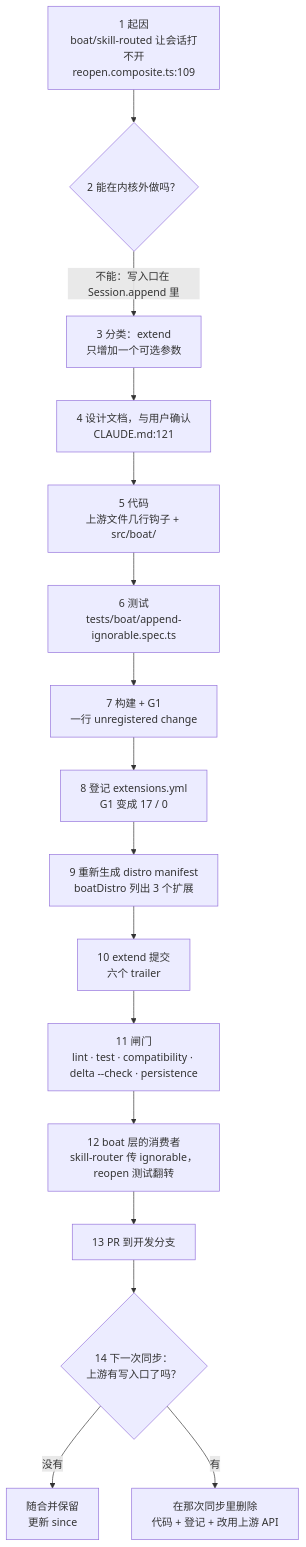
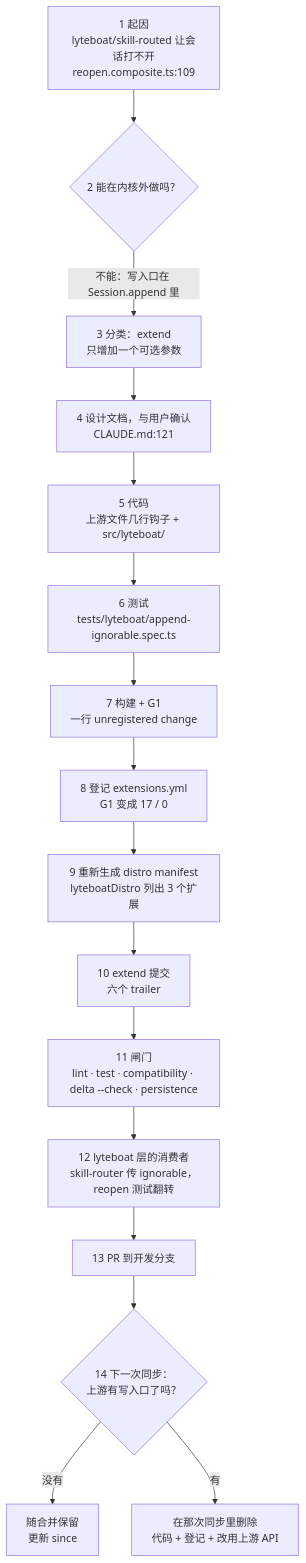
Before and after one commit to lyteboat/boat: diagram 13 of 13 in docs/02-distribution.md, drawn with Mermaid. The commit also changed other lines of this file and 316 other files, not shown here.

````diff
--- a/docs/02-distribution.md
+++ b/docs/02-distribution.md
@@ -1653,18 +1653,18 @@
 ```mermaid
 flowchart TB
-  A["1 起因<br/>boat/skill-routed 让会话打不开<br/>reopen.composite.ts:109"] --> B{"2 能在内核外做吗？"}
+  A["1 起因<br/>lyteboat/skill-routed 让会话打不开<br/>reopen.composite.ts:109"] --> B{"2 能在内核外做吗？"}
   B -->|"不能：写入口在 Session.append 里"| C["3 分类：extend<br/>只增加一个可选参数"]
   C --> D["4 设计文档，与用户确认<br/>CLAUDE.md:121"]
-  D --> E["5 代码<br/>上游文件几行钩子 + src/boat/"]
-  E --> F["6 测试<br/>tests/boat/append-ignorable.spec.ts"]
+  D --> E["5 代码<br/>上游文件几行钩子 + src/lyteboat/"]
+  E --> F["6 测试<br/>tests/lyteboat/append-ignorable.spec.ts"]
   F --> G["7 构建 + G1<br/>一行 unregistered change"]
   G --> H["8 登记 extensions.yml<br/>G1 变成 17 / 0"]
-  H --> I["9 重新生成 distro manifest<br/>boatDistro 列出 3 个扩展"]
+  H --> I["9 重新生成 distro manifest<br/>lyteboatDistro 列出 3 个扩展"]
   I --> J["10 extend 提交<br/>六个 trailer"]
   J --> K["11 闸门<br/>lint · test · compatibility · delta --check · persistence"]
-  K --> L["12 boat 层的消费者<br/>skill-router 传 ignorable，reopen 测试翻转"]
+  K --> L["12 lyteboat 层的消费者<br/>skill-router 传 ignorable，reopen 测试翻转"]
   L --> M["13 PR 到开发分支"]
   M --> N{"14 下一次同步：<br/>上游有写入口了吗？"}
   N -->|"没有"| O["随合并保留<br/>更新 since"]
   N -->|"有"| P["在那次同步里删除<br/>代码 + 登记 + 改用上游 API"]
 ```
````
